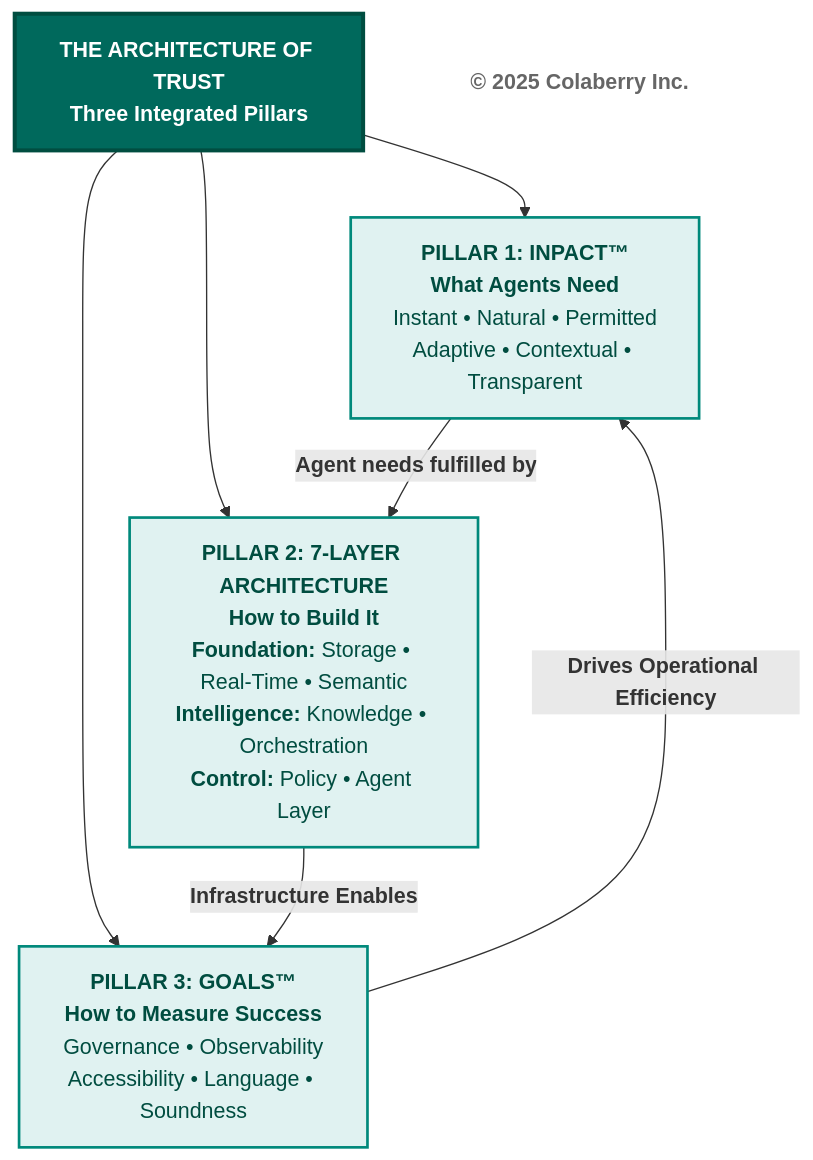
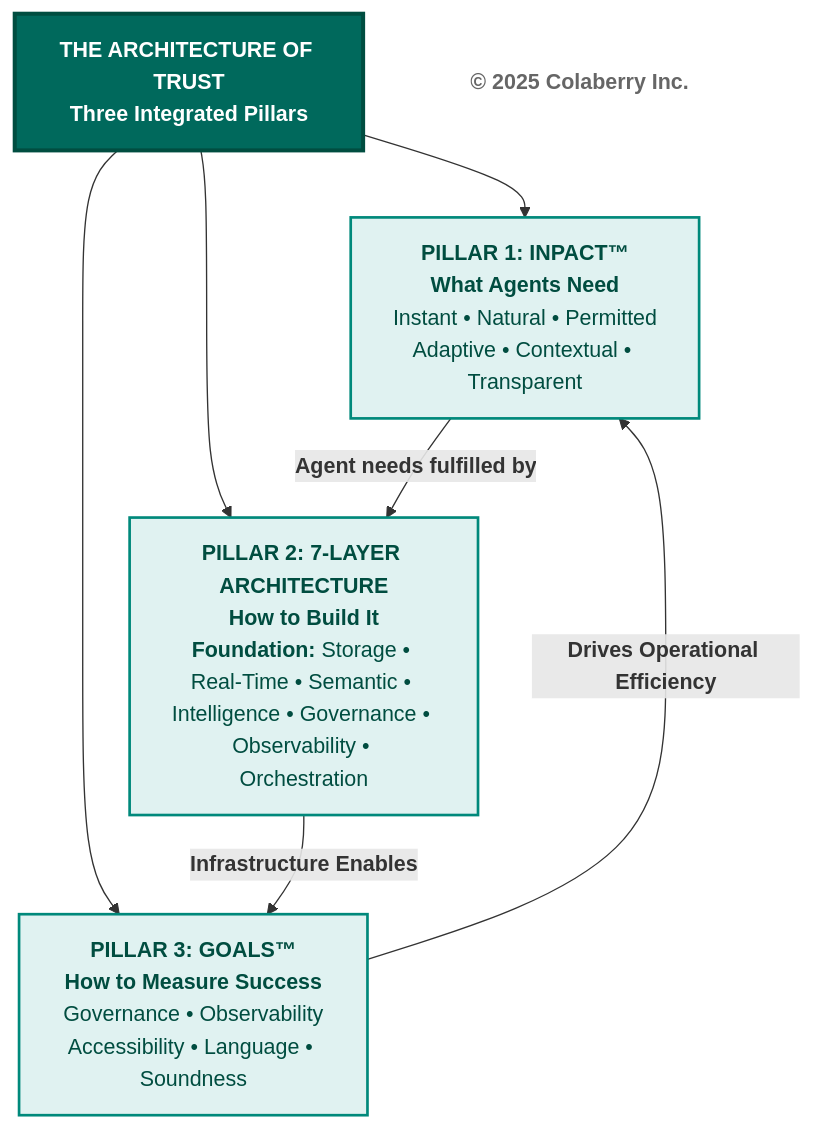
Before and after one commit to saitejesh-cyber/trust-before-intelligence-book: the third of 3 diagrams in manuscript/chapter_0_trust_before_intelligence_v2.md, drawn with Mermaid.

Commit message:
diagram text updated
diagram text updated

````diff
--- a/manuscript/chapter_0_trust_before_intelligence_v2.md
+++ b/manuscript/chapter_0_trust_before_intelligence_v2.md
@@ -276,26 +276,26 @@
 ```mermaid
 graph TB
     Title["<b>THE ARCHITECTURE OF TRUST</b><br/><b>Three Integrated Pillars</b>"]
     
     INPACT["<b>PILLAR 1: INPACT™</b><br/><b>What Agents Need</b><br/>Instant • Natural • Permitted<br/>Adaptive • Contextual • Transparent"]
     
-    Layers["<b>PILLAR 2: 7-LAYER ARCHITECTURE</b><br/><b>How to Build It</b><br/><b>Foundation:</b> Storage • Real-Time • Semantic<br/><b>Intelligence:</b> Knowledge • Orchestration<br/><b>Control:</b> Policy • Agent Layer"]
+    Layers["<b>PILLAR 2: 7-LAYER ARCHITECTURE</b><br/><b>How to Build It</b><br/><b>Foundation:</b> Storage • Real-Time • Semantic • Intelligence • Governance • Observability • Orchestration"]
     
     GOALS["<b>PILLAR 3: GOALS™</b><br/><b>How to Measure Success</b><br/>Governance • Observability<br/>Accessibility • Language • Soundness"]
     
     Copyright["<b>© 2025 Colaberry Inc.</b>"]
     
     Title --> INPACT
     Title --> Layers
     Title --> GOALS
     
     INPACT -->|<b>Agent needs fulfilled by</b>| Layers
     Layers -->|<b>Infrastructure Enables</b>| GOALS
     GOALS -->|<b>Drives Operational Efficiency</b>| INPACT
     
     style Title fill:#00695c,color:#ffffff,stroke:#004d40,stroke-width:3px
     style INPACT fill:#e0f2f1,stroke:#00897b,stroke-width:2px,color:#004d40
     style Layers fill:#e0f2f1,stroke:#00897b,stroke-width:2px,color:#004d40
     style GOALS fill:#e0f2f1,stroke:#00897b,stroke-width:2px,color:#004d40
     style Copyright fill:#ffffff,stroke:none,color:#666666
 ```
````
